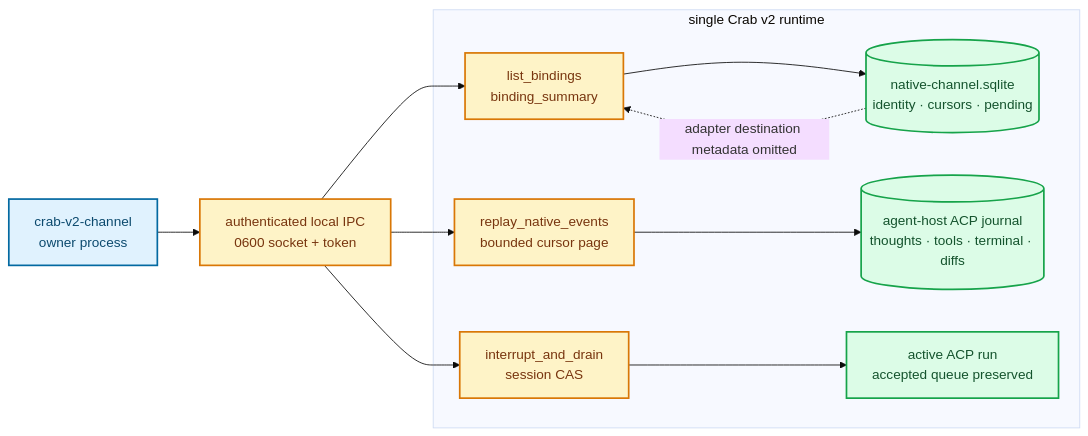
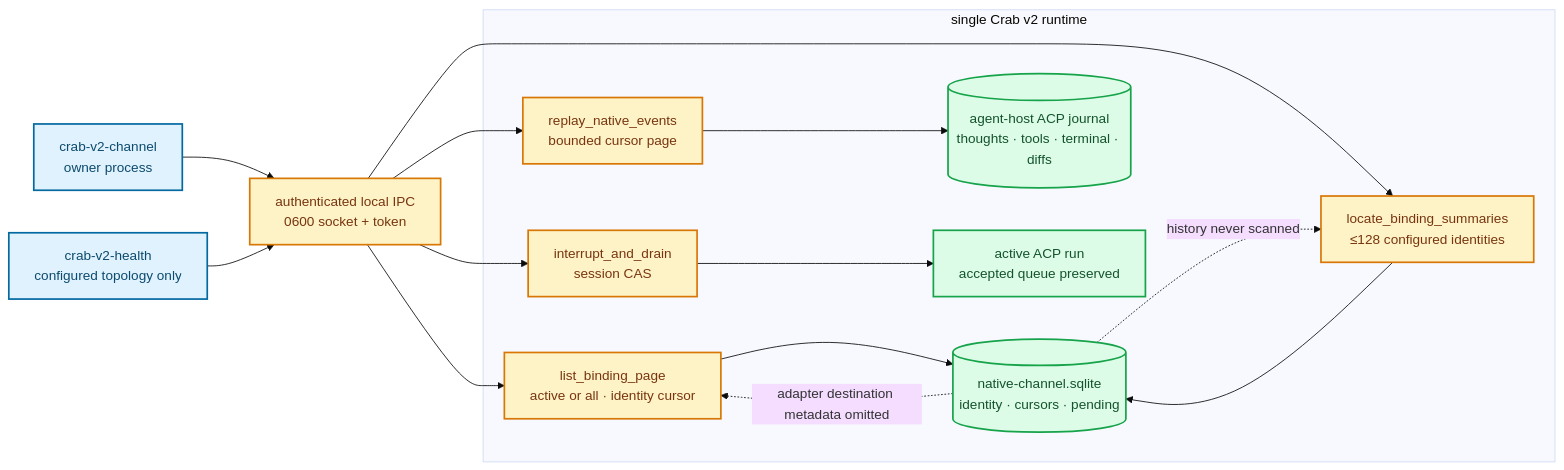
One commit to fontanierh/crab changed the diagram in v2/docs/channel-operations-flow.mmd. Above: the diagram before and after it, drawn with Mermaid (base theme). The commit also changed 39 other files, not shown here.

Commit message:
fix(v2): page durable native channel bindings (#392)

```diff
--- a/v2/docs/channel-operations-flow.mmd
+++ b/v2/docs/channel-operations-flow.mmd
@@ -1,25 +1,30 @@
 flowchart LR
     CLI["crab-v2-channel<br/>owner process"]
+    HEALTH["crab-v2-health<br/>configured topology only"]
     IPC["authenticated local IPC<br/>0600 socket + token"]
 
     subgraph RUNTIME["single Crab v2 runtime"]
-        CATALOG["list_bindings<br/>binding_summary"]
+        PAGE["list_binding_page<br/>active or all · identity cursor"]
+        LOCATE["locate_binding_summaries<br/>≤128 configured identities"]
         STORE[("native-channel.sqlite<br/>identity · cursors · pending")]
         EVENTS["replay_native_events<br/>bounded cursor page"]
         JOURNAL[("agent-host ACP journal<br/>thoughts · tools · terminal · diffs")]
         INTERRUPT["interrupt_and_drain<br/>session CAS"]
         RUN["active ACP run<br/>accepted queue preserved"]
     end
 
     CLI --> IPC
-    IPC --> CATALOG --> STORE
+    HEALTH --> IPC
+    IPC --> PAGE --> STORE
+    IPC --> LOCATE --> STORE
     IPC --> EVENTS --> JOURNAL
     IPC --> INTERRUPT --> RUN
-    STORE -. "adapter destination metadata omitted" .-> CATALOG
+    STORE -. "adapter destination metadata omitted" .-> PAGE
+    STORE -. "history never scanned" .-> LOCATE
 
     classDef owner fill:#e0f2fe,stroke:#0369a1,stroke-width:2px,color:#0c4a6e;
     classDef boundary fill:#fef3c7,stroke:#d97706,stroke-width:2px,color:#78350f;
     classDef durable fill:#dcfce7,stroke:#16a34a,stroke-width:2px,color:#14532d;
-    class CLI owner;
-    class IPC,CATALOG,EVENTS,INTERRUPT boundary;
+    class CLI,HEALTH owner;
+    class IPC,PAGE,LOCATE,EVENTS,INTERRUPT boundary;
     class STORE,JOURNAL,RUN durable;
```
